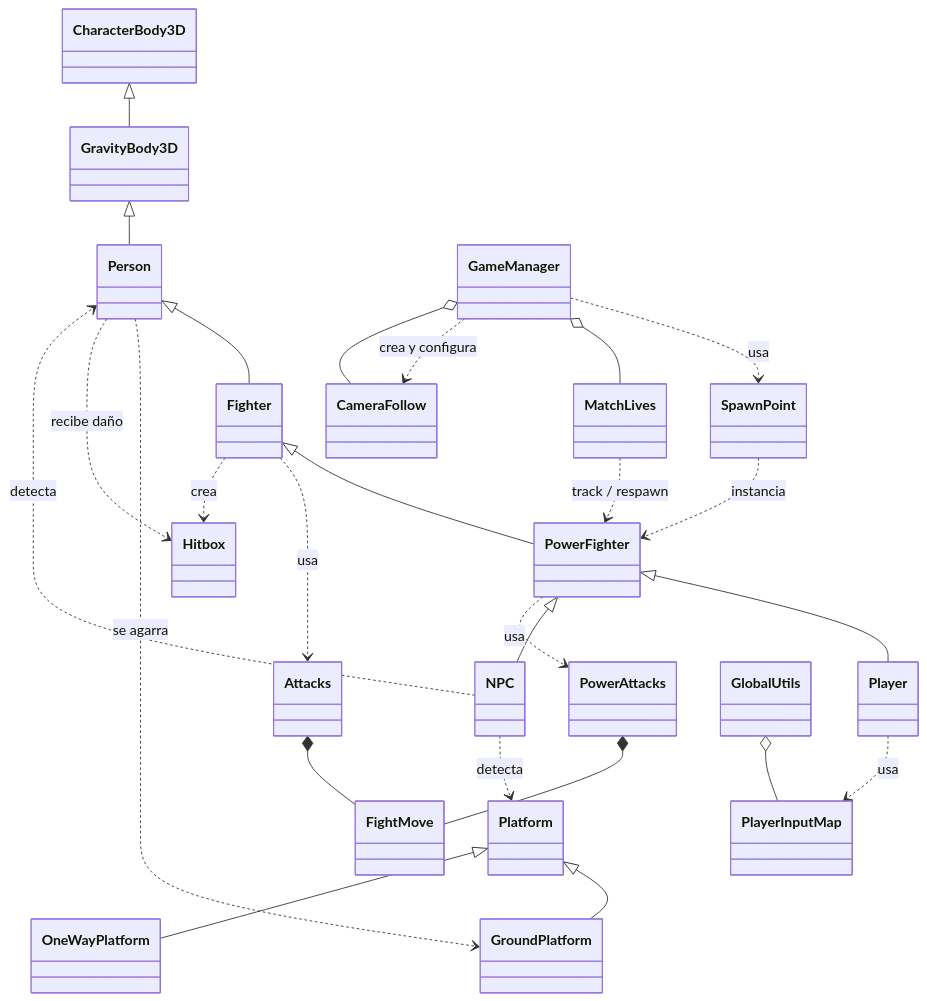
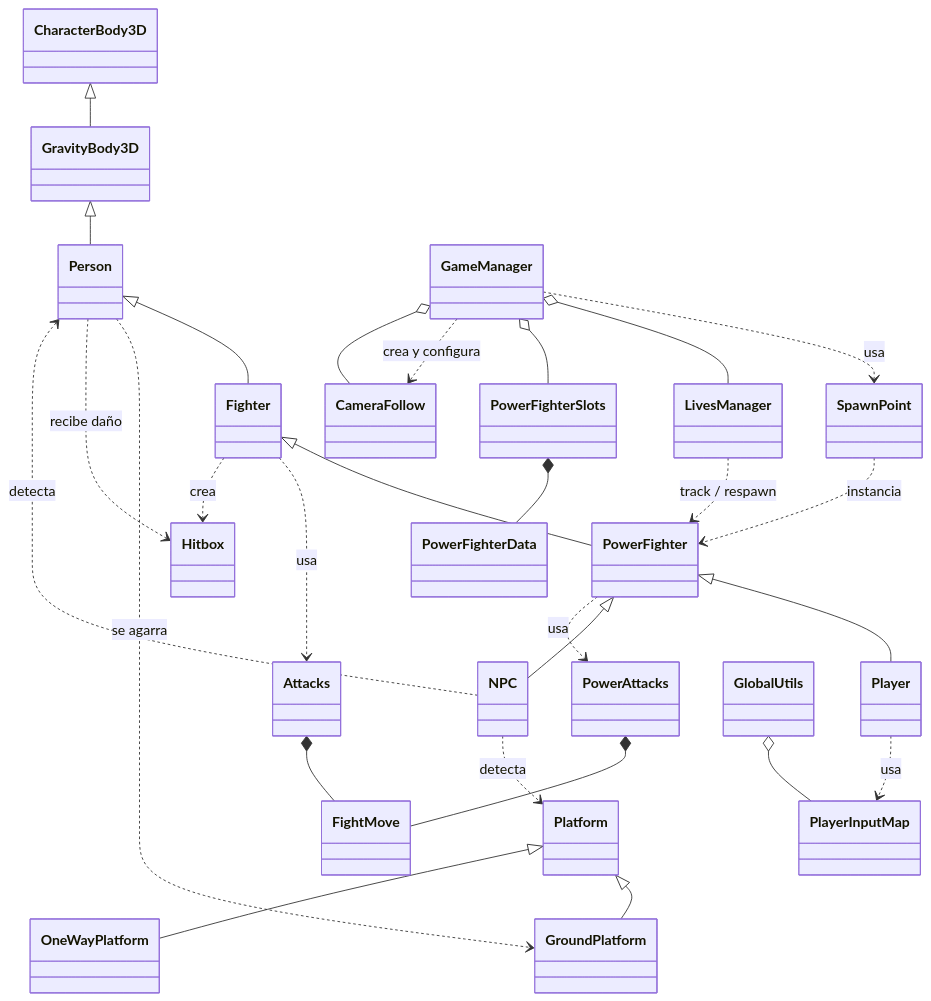
The diagram in docs/arquitectura/uml-arquitectura.md (CocoMarck/SuperSmashTux), drawn with Mermaid before and after one commit. The commit also changed other lines of this file and 17 other files, not shown here.

Commit message:
PowerFighterSlots. Información de vidas y configuracion de peleadores en game manager. Remplaza MatchSetup

````diff
--- a/docs/arquitectura/uml-arquitectura.md
+++ b/docs/arquitectura/uml-arquitectura.md
@@ -13,32 +13,34 @@
 ```mermaid
 classDiagram
 	direction TB
 
 	CharacterBody3D <|-- GravityBody3D
 	GravityBody3D <|-- Person
 	Person <|-- Fighter
 	Fighter <|-- PowerFighter
 	PowerFighter <|-- Player
 	PowerFighter <|-- NPC
 
 	Platform <|-- GroundPlatform
 	Platform <|-- OneWayPlatform
 
 	Person ..> GroundPlatform : se agarra
 	Fighter ..> Attacks : usa
 	Attacks *-- FightMove
 	Fighter ..> Hitbox : crea
 	PowerFighter ..> PowerAttacks : usa
 	PowerAttacks *-- FightMove
 	NPC ..> Platform : detecta
 	NPC ..> Person : detecta
 	Person ..> Hitbox : recibe daño
 	Player ..> PlayerInputMap : usa
 	GlobalUtils o-- PlayerInputMap
 	SpawnPoint ..> PowerFighter : instancia
 	GameManager ..> SpawnPoint : usa
-	GameManager o-- MatchLives
-	MatchLives ..> PowerFighter : track / respawn
+	GameManager o-- LivesManager
+	LivesManager ..> PowerFighter : track / respawn
+	GameManager o-- PowerFighterSlots
+	PowerFighterSlots *-- PowerFighterData
 	GameManager ..> CameraFollow : crea y configura
 	GameManager o-- CameraFollow
 ```
````
